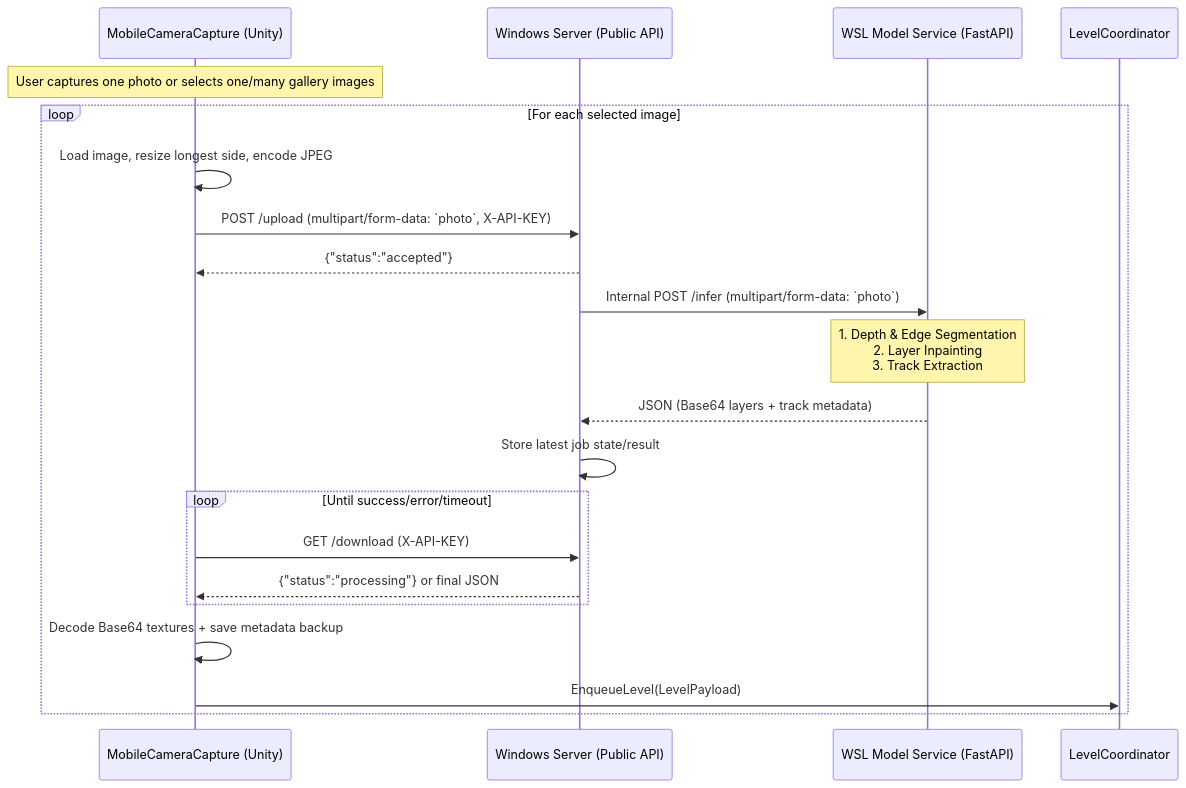
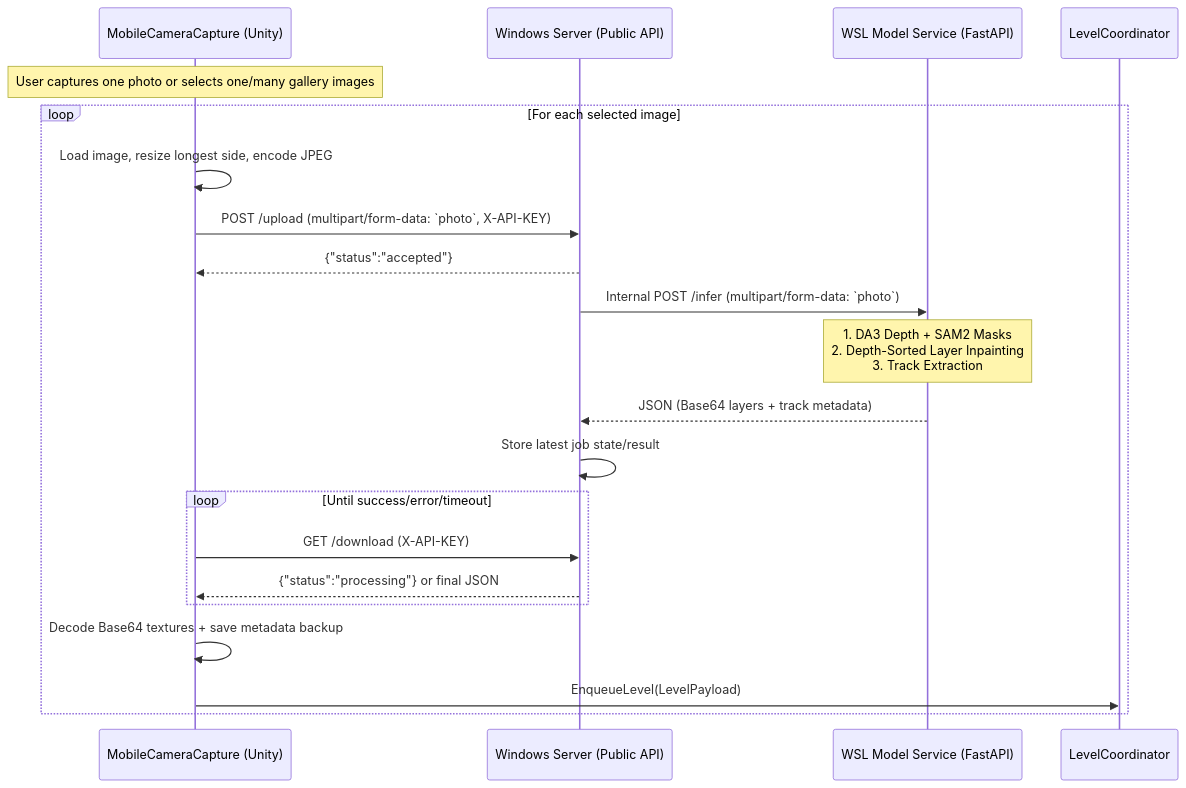
The diagram in README.md (mikehsuhoodie/SkateboardP), drawn with Mermaid before and after one commit. The commit also changed other lines of this file and 16 other files, not shown here.

````diff
--- a/README.md
+++ b/README.md
@@ -49,26 +49,26 @@
 ```mermaid
 sequenceDiagram
     participant Mobile as MobileCameraCapture (Unity)
     participant Win as Windows Server (Public API)
     participant WSL as WSL Model Service (FastAPI)
     participant Level as LevelCoordinator
 
     Note over Mobile: User captures one photo or selects one/many gallery images
     loop For each selected image
         Mobile->>Mobile: Load image, resize longest side, encode JPEG
         Mobile->>Win: POST /upload (multipart/form-data: `photo`, X-API-KEY)
         Win-->>Mobile: {"status":"accepted"}
         Win->>WSL: Internal POST /infer (multipart/form-data: `photo`)
 
-        Note over WSL: 1. Depth & Edge Segmentation<br/>2. Layer Inpainting<br/>3. Track Extraction
+        Note over WSL: 1. DA3 Depth + SAM2 Masks<br/>2. Depth-Sorted Layer Inpainting<br/>3. Track Extraction
 
         WSL-->>Win: JSON (Base64 layers + track metadata)
         Win->>Win: Store latest job state/result
         loop Until success/error/timeout
             Mobile->>Win: GET /download (X-API-KEY)
             Win-->>Mobile: {"status":"processing"} or final JSON
         end
         Mobile->>Mobile: Decode Base64 textures + save metadata backup
         Mobile->>Level: EnqueueLevel(LevelPayload)
     end
 ```
````
